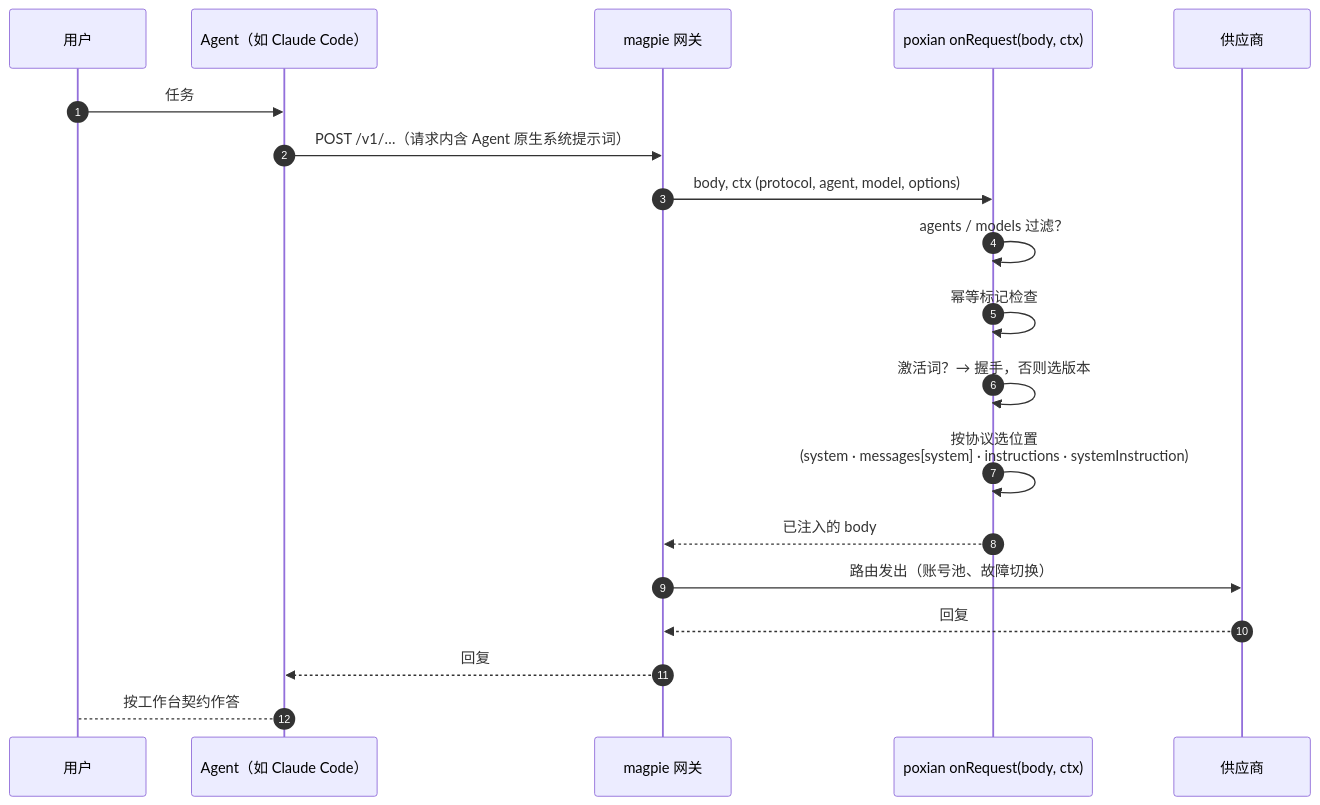
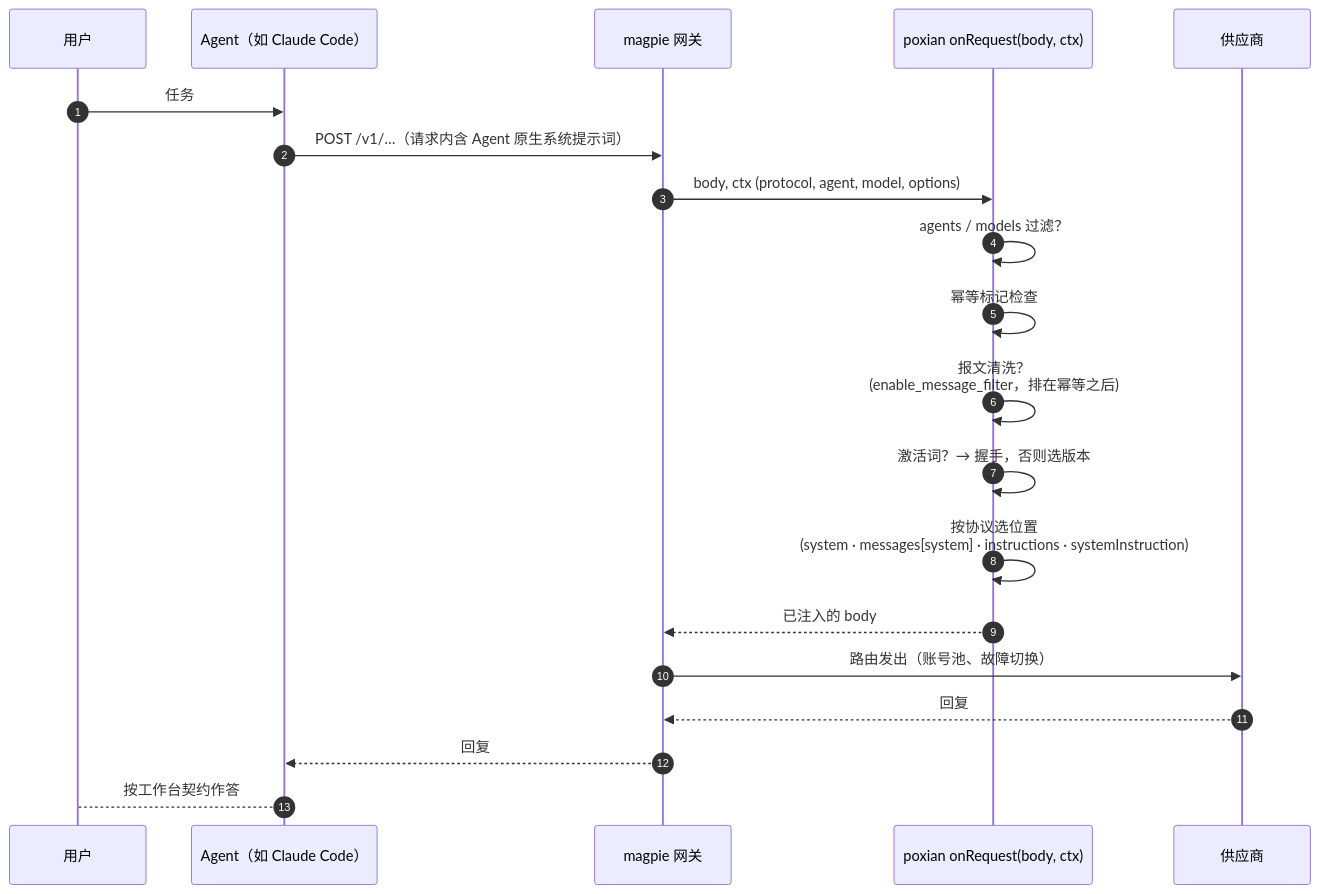
One commit to ksmord/poxian changed the second of 2 diagrams in README.md. Above: the diagram before and after it, drawn with Mermaid. The commit also changed other lines of this file and 16 other files, not shown here.

````diff
--- a/README.md
+++ b/README.md
@@ -204,22 +207,23 @@
 ```mermaid
 sequenceDiagram
     autonumber
     participant U as 用户
     participant A as Agent（如 Claude Code）
     participant M as magpie 网关
     participant H as poxian onRequest(body, ctx)
     participant P as 供应商
 
     U->>A: 任务
     A->>M: POST /v1/…（请求内含 Agent 原生系统提示词）
     M->>H: body, ctx (protocol, agent, model, options)
     H->>H: agents / models 过滤？
     H->>H: 幂等标记检查
+    H->>H: 报文清洗？<br/>(enable_message_filter，排在幂等之后)
     H->>H: 激活词？→ 握手，否则选版本
     H->>H: 按协议选位置<br/>(system · messages[system] · instructions · systemInstruction)
     H-->>M: 已注入的 body
     M->>P: 路由发出（账号池、故障切换）
     P-->>M: 回复
     M-->>A: 回复
     A-->U: 按工作台契约作答
 ```
````
